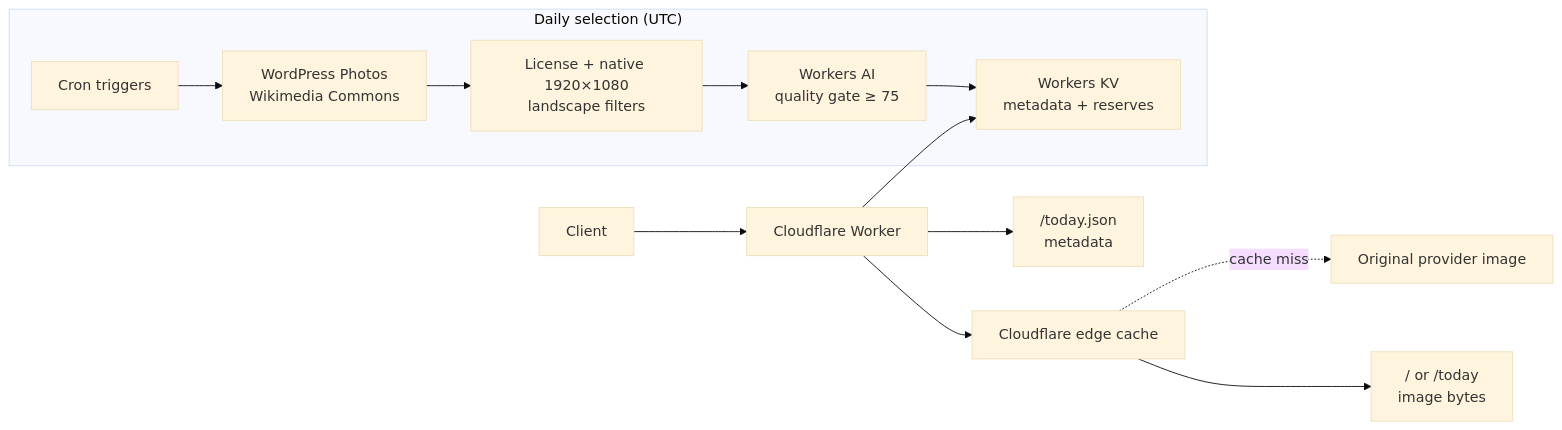
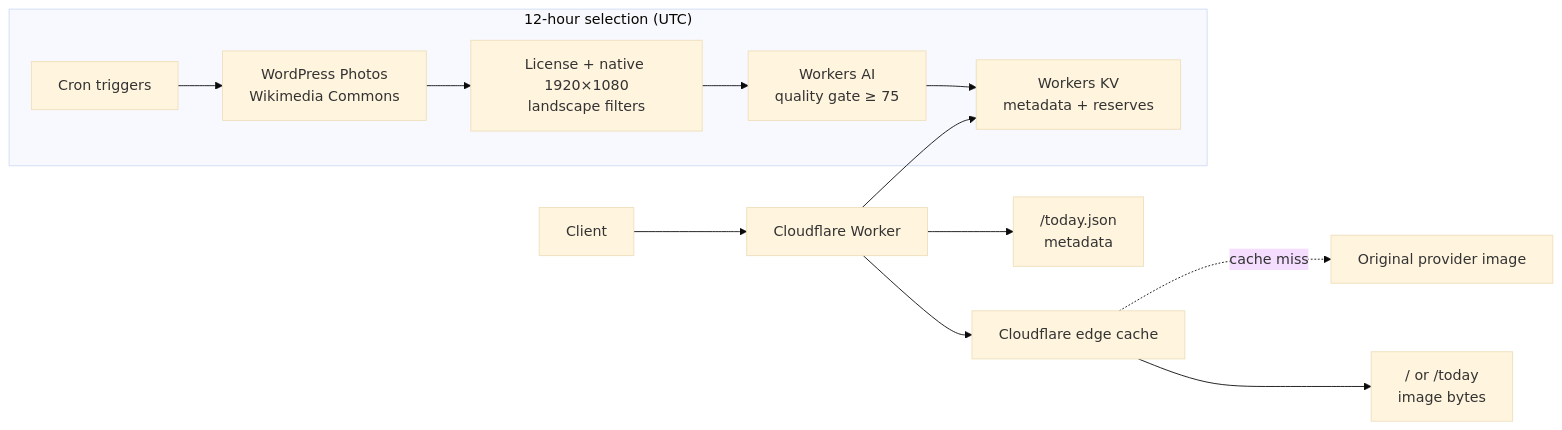
One commit to ach968/daily-cattle changed the diagram in README.md. Above: the diagram before and after it, drawn with Mermaid (base theme). The commit also changed other lines of this file and 19 other files, not shown here.

````diff
--- a/README.md
+++ b/README.md
@@ -9,16 +9,16 @@
 ```mermaid
 flowchart LR
-  subgraph Selection["Daily selection (UTC)"]
+  subgraph Selection["12-hour selection (UTC)"]
     Cron["Cron triggers"] --> Sources["WordPress Photos<br/>Wikimedia Commons"]
     Sources --> Filters["License + native 1920×1080<br/>landscape filters"]
     Filters --> AI["Workers AI<br/>quality gate ≥ 75"]
     AI --> KV["Workers KV<br/>metadata + reserves"]
   end
 
   Client["Client"] --> Worker["Cloudflare Worker"]
   Worker --> KV
   Worker --> Cache["Cloudflare edge cache"]
   Cache -. cache miss .-> Origin["Original provider image"]
   Cache --> Image["/ or /today<br/>image bytes"]
   Worker --> Metadata["/today.json<br/>metadata"]
 ```
````
